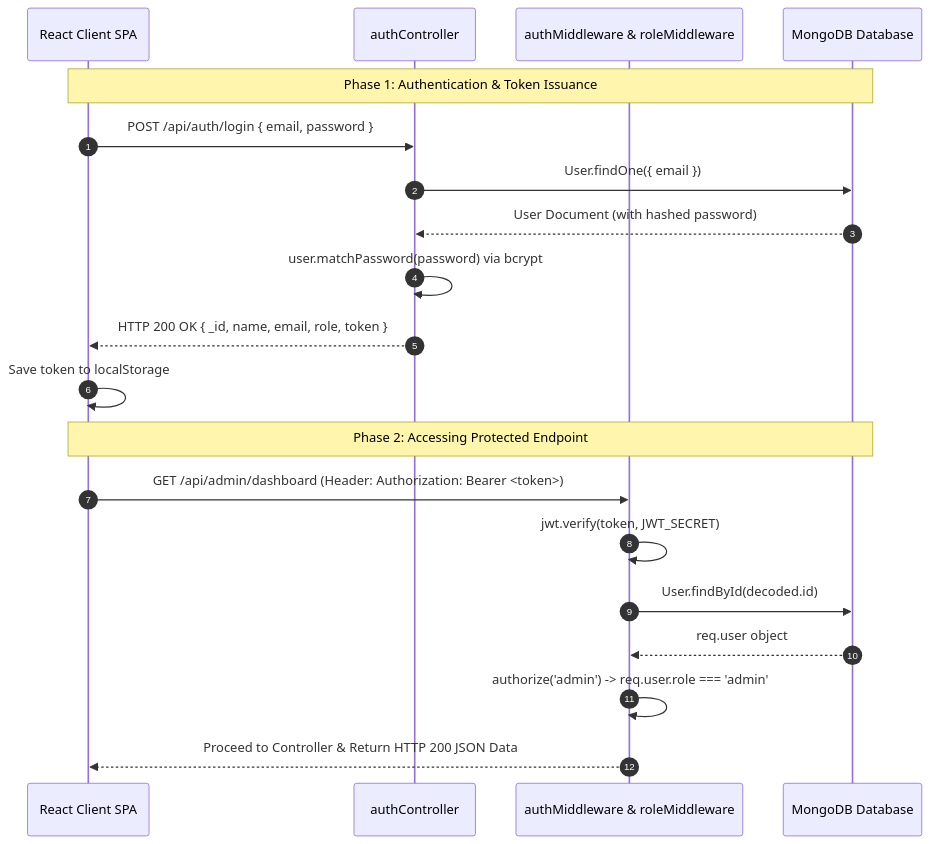
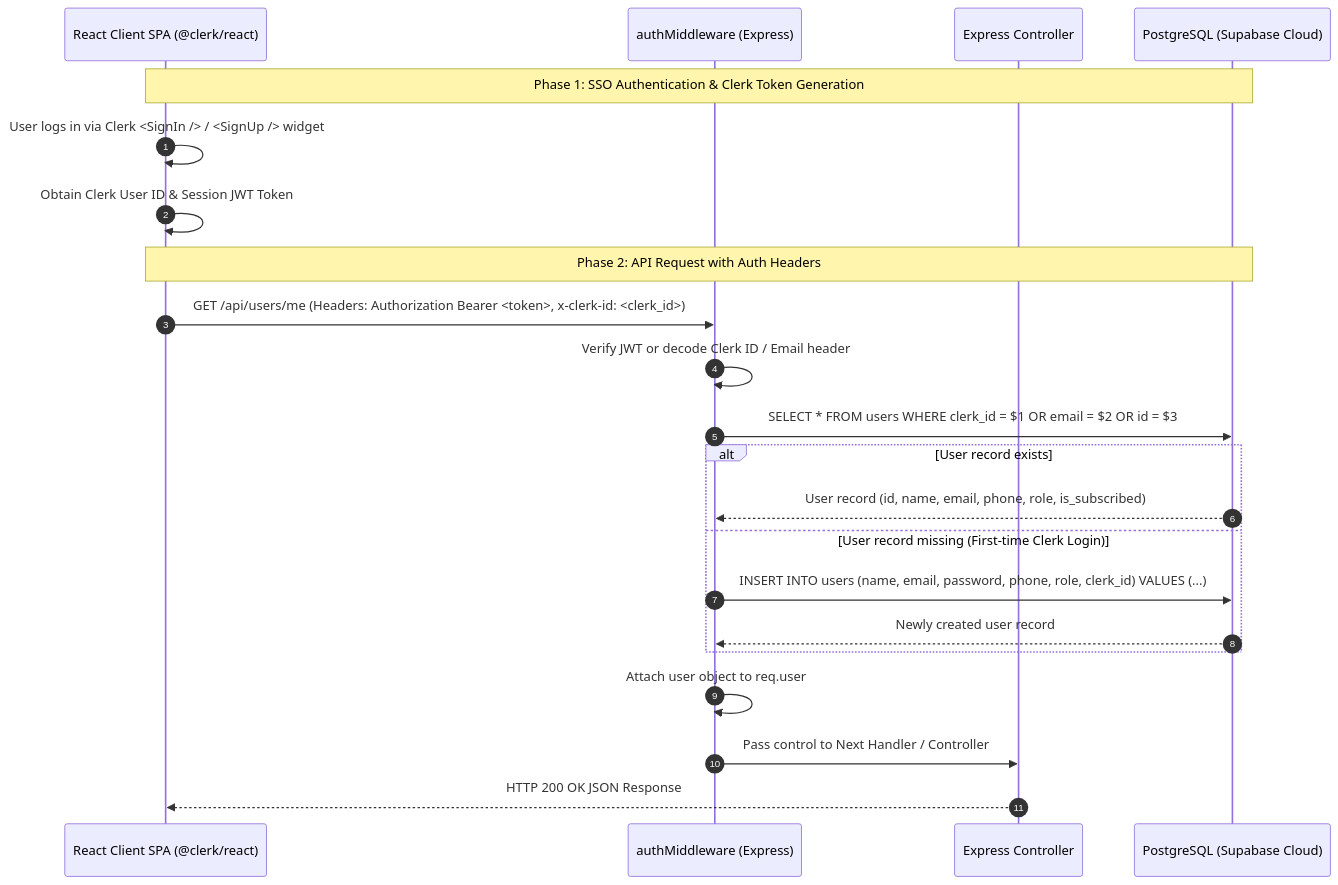
Before and after one commit to em-srs/Medifly: the fourth of 5 diagrams in notes.md, drawn with Mermaid. The commit also changed other lines of this file and 1 other file, not shown here.

Commit message:
docs: update README.md and notes.md with current PostgreSQL architecture, Clerk auth, system flow diagrams, ERD, and production updates

````diff
--- a/notes.md
+++ b/notes.md
@@ -133,24 +142,28 @@
 ```mermaid
 sequenceDiagram
     autonumber
-    participant Client as React Client SPA
-    participant AuthCtrl as authController
-    participant Middleware as authMiddleware & roleMiddleware
-    participant DB as MongoDB Database
+    participant Client as React Client SPA (@clerk/react)
+    participant AuthMW as authMiddleware (Express)
+    participant Controller as Express Controller
+    participant DB as PostgreSQL (Supabase Cloud)
 
-    Note over Client, DB: Phase 1: Authentication & Token Issuance
-    Client->>AuthCtrl: POST /api/auth/login { email, password }
-    AuthCtrl->>DB: User.findOne({ email })
-    DB-->>AuthCtrl: User Document (with hashed password)
-    AuthCtrl->>AuthCtrl: user.matchPassword(password) via bcrypt
-    AuthCtrl-->>Client: HTTP 200 OK { _id, name, email, role, token }
-    Client->>Client: Save token to localStorage
+    Note over Client, DB: Phase 1: SSO Authentication & Clerk Token Generation
+    Client->>Client: User logs in via Clerk <SignIn /> / <SignUp /> widget
+    Client->>Client: Obtain Clerk User ID & Session JWT Token
 
-    Note over Client, DB: Phase 2: Accessing Protected Endpoint
-    Client->>Middleware: GET /api/admin/dashboard (Header: Authorization: Bearer <token>)
-    Middleware->>Middleware: jwt.verify(token, JWT_SECRET)
-    Middleware->>DB: User.findById(decoded.id)
-    DB-->>Middleware: req.user object
-    Middleware->>Middleware: authorize('admin') -> req.user.role === 'admin'
-    Middleware-->>Client: Proceed to Controller & Return HTTP 200 JSON Data
+    Note over Client, DB: Phase 2: API Request with Auth Headers
+    Client->>AuthMW: GET /api/users/me (Headers: Authorization Bearer <token>, x-clerk-id: <clerk_id>)
+    AuthMW->>AuthMW: Verify JWT or decode Clerk ID / Email header
+    AuthMW->>DB: SELECT * FROM users WHERE clerk_id = $1 OR email = $2 OR id = $3
+    
+    alt User record exists
+        DB-->>AuthMW: User record (id, name, email, phone, role, is_subscribed)
+    else User record missing (First-time Clerk Login)
+        AuthMW->>DB: INSERT INTO users (name, email, password, phone, role, clerk_id) VALUES (...)
+        DB-->>AuthMW: Newly created user record
+    end
+
+    AuthMW->>AuthMW: Attach user object to req.user
+    AuthMW->>Controller: Pass control to Next Handler / Controller
+    Controller-->>Client: HTTP 200 OK JSON Response
 ```
````
